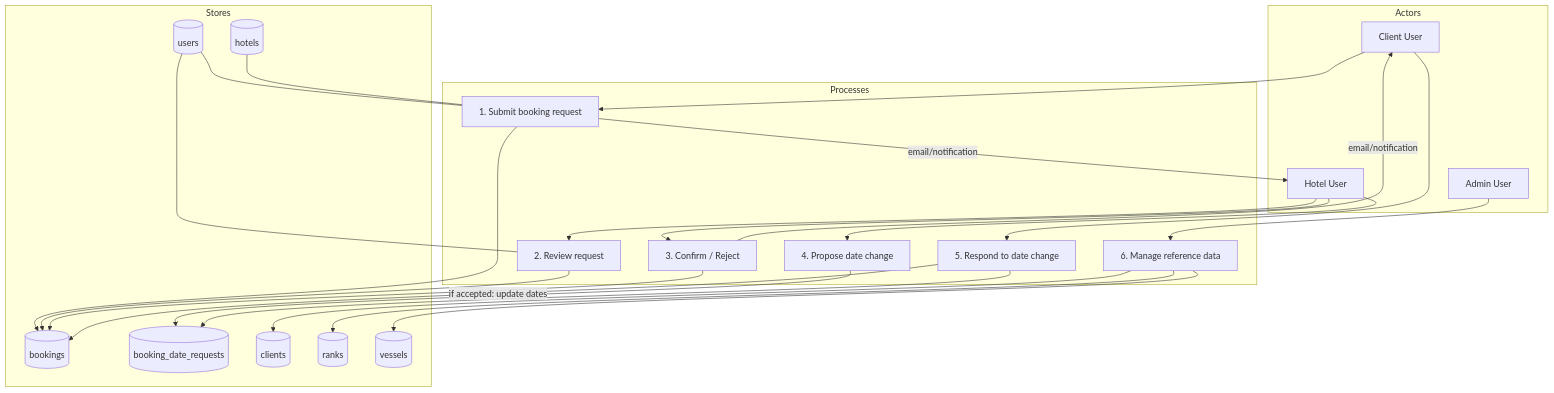
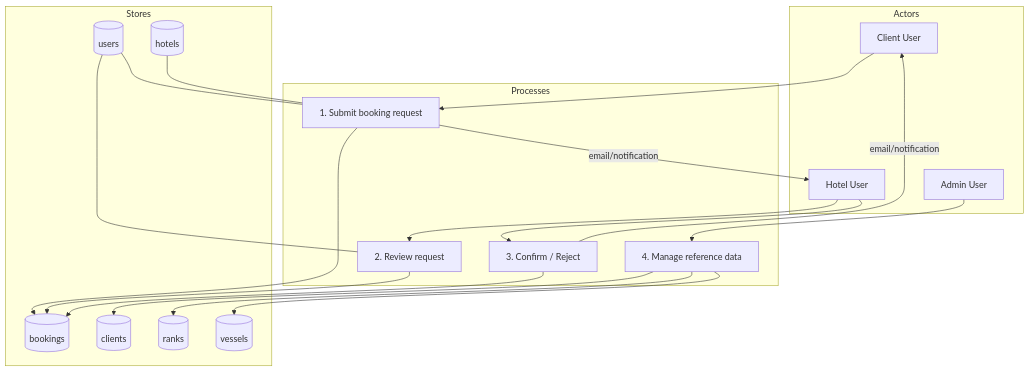
Before and after one commit to rabil007/HMS: the second of 2 diagrams in PROJECT_DFD.md, drawn with Mermaid. The commit also changed other lines of this file and 2 other files, not shown here.

Commit message:
refactor: remove booking date requests and related components, update booking lifecycle to focus on actual check-in/out dates, and add README for project overview

````diff
--- a/PROJECT_DFD.md
+++ b/PROJECT_DFD.md
@@ -79,47 +76,39 @@
 ```mermaid
 flowchart TB
   subgraph Actors
     C[Client User]
     H[Hotel User]
     A[Admin User]
   end
 
   subgraph Processes
     P1[1. Submit booking request]
     P2[2. Review request]
     P3[3. Confirm / Reject]
-    P4[4. Propose date change]
-    P5[5. Respond to date change]
-    P6[6. Manage reference data]
+    P4[4. Manage reference data]
   end
 
   subgraph Stores
     D1[(bookings)]
-    D2[(booking_date_requests)]
     D3[(users)]
     D4[(hotels)]
     D5[(clients)]
     D6[(ranks)]
     D7[(vessels)]
   end
 
   C --> P1 --> D1
   P1 -->|email/notification| H
 
   H --> P2 --> D1
   H --> P3 --> D1
   P3 -->|email/notification| C
-
-  H --> P4 --> D2
-  C --> P5 --> D2
-  P5 -->|if accepted: update dates| D1
-
-  A --> P6
-  P6 --> D5
-  P6 --> D6
-  P6 --> D7
+  A --> P4
+  P4 --> D5
+  P4 --> D6
+  P4 --> D7
 
   D3 --- P1
   D3 --- P2
   D4 --- P1
 ```
````
